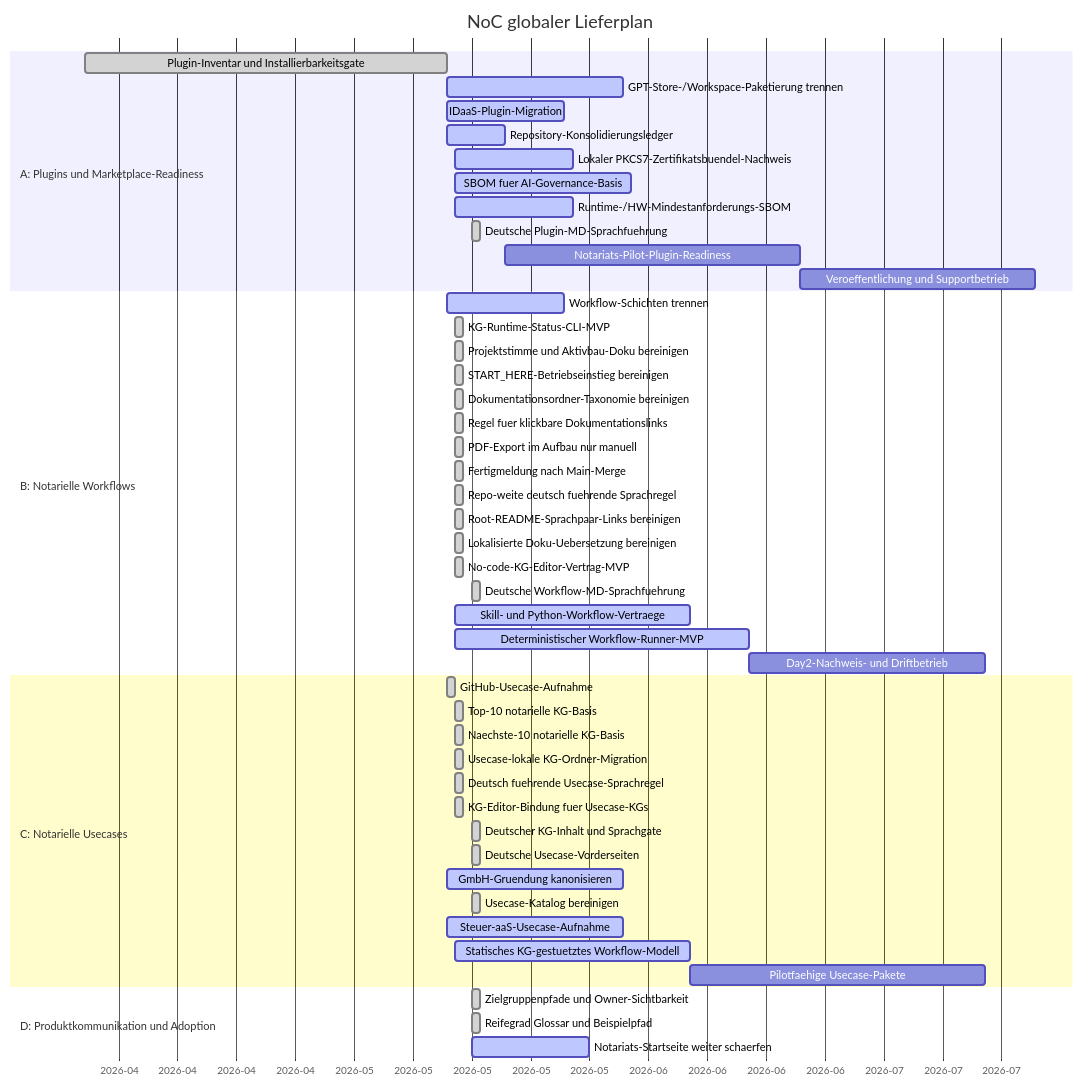
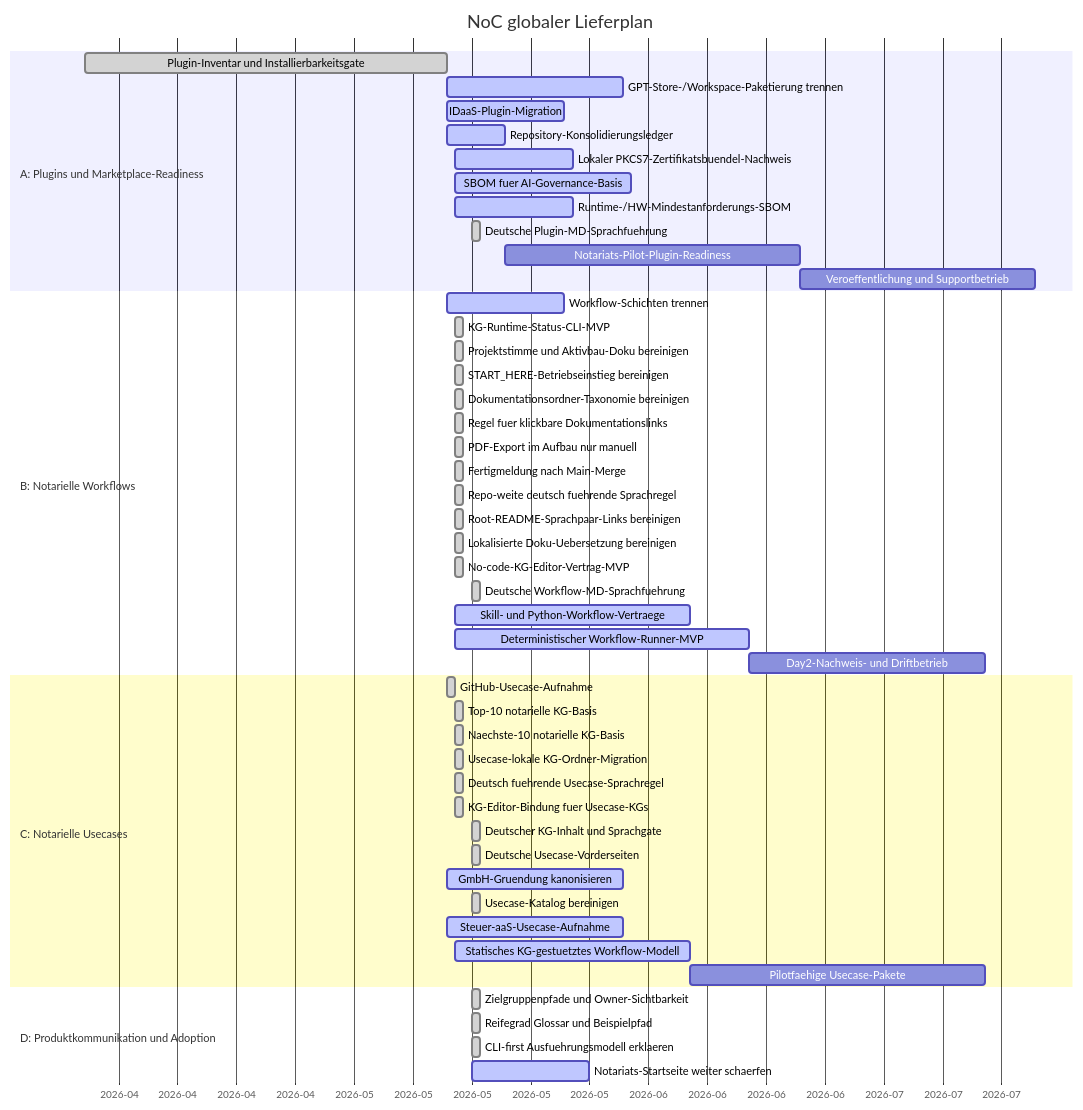
One commit to notariat8/NaC changed the diagram in roadmap/GANTT.md. Above: the diagram before and after it, drawn with Mermaid. The commit also changed other lines of this file and 19 other files, not shown here.

Commit message:
Explain CLI-first execution model

````diff
--- a/roadmap/GANTT.md
+++ b/roadmap/GANTT.md
@@ -13,56 +13,57 @@
 ```mermaid
 gantt
     title NoC globaler Lieferplan
     dateFormat  YYYY-MM-DD
     axisFormat  %Y-%m
 
     section A: Plugins und Marketplace-Readiness
     Plugin-Inventar und Installierbarkeitsgate   :done,    a1, 2026-04-01, 2026-05-14
     GPT-Store-/Workspace-Paketierung trennen     :active,  a2, 2026-05-14, 21d
     IDaaS-Plugin-Migration                       :active,  a3, 2026-05-14, 14d
     Repository-Konsolidierungsledger             :active,  a4, 2026-05-14, 7d
     Lokaler PKCS7-Zertifikatsbuendel-Nachweis    :active,  a4a, 2026-05-15, 14d
     SBOM fuer AI-Governance-Basis                :active,  a4b, 2026-05-15, 21d
     Runtime-/HW-Mindestanforderungs-SBOM         :active,  a4c, 2026-05-15, 14d
     Deutsche Plugin-MD-Sprachfuehrung            :done,    a4d, 2026-05-17, 1d
     Notariats-Pilot-Plugin-Readiness             :         a5, after a4, 35d
     Veroeffentlichung und Supportbetrieb         :         a6, after a5, 28d
 
     section B: Notarielle Workflows
     Workflow-Schichten trennen                   :active,  b1, 2026-05-14, 14d
     KG-Runtime-Status-CLI-MVP                    :done,    b1a, 2026-05-15, 1d
     Projektstimme und Aktivbau-Doku bereinigen   :done,    b1b, 2026-05-15, 1d
     START_HERE-Betriebseinstieg bereinigen       :done,    b1c, 2026-05-15, 1d
     Dokumentationsordner-Taxonomie bereinigen    :done,    b1d, 2026-05-15, 1d
     Regel fuer klickbare Dokumentationslinks     :done,    b1e, 2026-05-15, 1d
     PDF-Export im Aufbau nur manuell             :done,    b1f, 2026-05-15, 1d
     Fertigmeldung nach Main-Merge                :done,    b1g, 2026-05-15, 1d
     Repo-weite deutsch fuehrende Sprachregel     :done,    b1h, 2026-05-15, 1d
     Root-README-Sprachpaar-Links bereinigen      :done,    b1i, 2026-05-15, 1d
     Lokalisierte Doku-Uebersetzung bereinigen    :done,    b1j, 2026-05-15, 1d
     No-code-KG-Editor-Vertrag-MVP                :done,    b1k, 2026-05-15, 1d
     Deutsche Workflow-MD-Sprachfuehrung          :done,    b1l, 2026-05-17, 1d
     Skill- und Python-Workflow-Vertraege         :active,  b2, 2026-05-15, 28d
     Deterministischer Workflow-Runner-MVP        :active,  b3, 2026-05-15, 35d
     Day2-Nachweis- und Driftbetrieb              :         b4, after b3, 28d
 
     section C: Notarielle Usecases
     GitHub-Usecase-Aufnahme                      :done,    c1, 2026-05-14, 1d
     Top-10 notarielle KG-Basis                   :done,    c2, 2026-05-15, 1d
     Naechste-10 notarielle KG-Basis              :done,    c3, 2026-05-15, 1d
     Usecase-lokale KG-Ordner-Migration           :done,    c3a, 2026-05-15, 1d
     Deutsch fuehrende Usecase-Sprachregel        :done,    c3b, 2026-05-15, 1d
     KG-Editor-Bindung fuer Usecase-KGs           :done,    c3c, 2026-05-15, 1d
     Deutscher KG-Inhalt und Sprachgate           :done,    c3d, 2026-05-17, 1d
     Deutsche Usecase-Vorderseiten                :done,    c3e, 2026-05-17, 1d
     GmbH-Gruendung kanonisieren                  :active,  c4, 2026-05-14, 21d
     Usecase-Katalog bereinigen                 :done,    c5, 2026-05-17, 1d
     Steuer-aaS-Usecase-Aufnahme                  :active,  c6, 2026-05-14, 21d
     Statisches KG-gestuetztes Workflow-Modell    :active,  c7, 2026-05-15, 28d
     Pilotfaehige Usecase-Pakete                  :         c8, after c7, 35d
 
     section D: Produktkommunikation und Adoption
     Zielgruppenpfade und Owner-Sichtbarkeit      :done,    d1, 2026-05-17, 1d
     Reifegrad Glossar und Beispielpfad           :done,    d1a, 2026-05-17, 1d
+    CLI-first Ausfuehrungsmodell erklaeren       :done,    d1b, 2026-05-17, 1d
     Notariats-Startseite weiter schaerfen        :active,  d2, 2026-05-17, 14d
 ```
````
